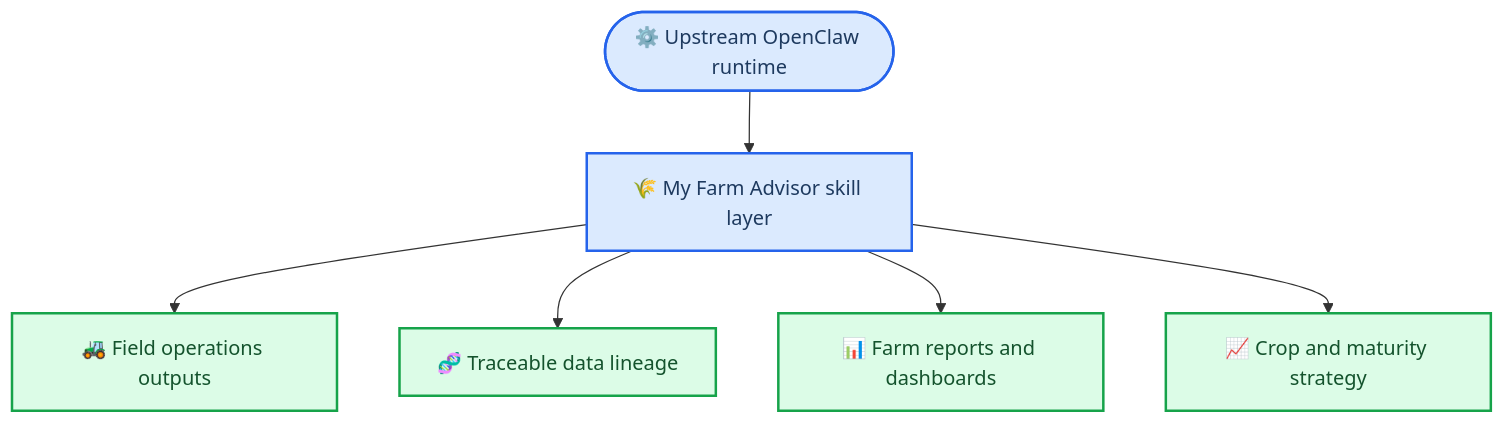
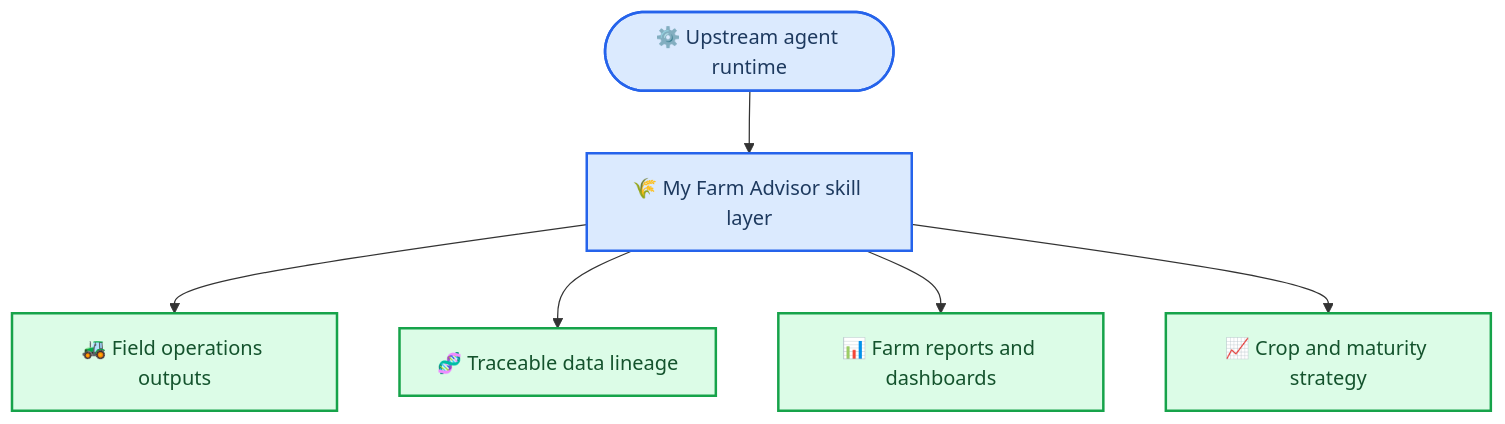
The sixth of 6 diagrams in skills/my-farm-advisor/README.md (borealBytes/my-farm-advisor), drawn with Mermaid before and after one commit. The commit also changed other lines of this file and 1 other file, not shown here.

Commit message:
Harness-portability wording in farm skill READMEs

````diff
--- a/skills/my-farm-advisor/README.md
+++ b/skills/my-farm-advisor/README.md
@@ -305,18 +305,18 @@
 ```mermaid
 flowchart TD
     accTitle: Farm Skill Value In The Repo
-    accDescr: Diagram showing how the upstream OpenClaw runtime connects to the My Farm Advisor skill layer and how that layer produces operational farm outputs, lineage, reporting, and strategy support.
+    accDescr: Diagram showing how the upstream agent runtime connects to the My Farm Advisor skill layer and how that layer produces operational farm outputs, lineage, reporting, and strategy support.
 
-    upstream([⚙️ Upstream OpenClaw runtime]) --> farm_skill[🌾 My Farm Advisor skill layer]
+    upstream([⚙️ Upstream agent runtime]) --> farm_skill[🌾 My Farm Advisor skill layer]
 
     farm_skill --> field_outputs[🚜 Field operations outputs]
     farm_skill --> lineage[🧬 Traceable data lineage]
     farm_skill --> reporting[📊 Farm reports and dashboards]
     farm_skill --> strategy_outputs[📈 Crop and maturity strategy]
 
     classDef primary fill:#dbeafe,stroke:#2563eb,stroke-width:2px,color:#1e3a5f
     classDef outcome fill:#dcfce7,stroke:#16a34a,stroke-width:2px,color:#14532d
 
     class upstream,farm_skill primary
     class field_outputs,lineage,reporting,strategy_outputs outcome
 ```
````
